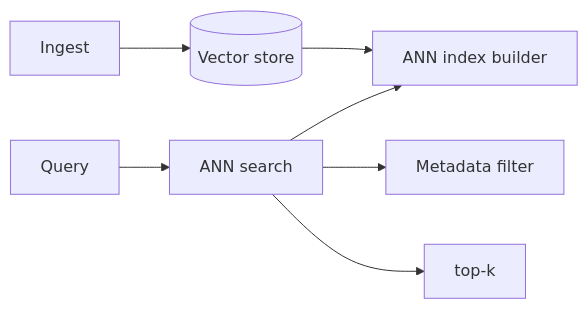
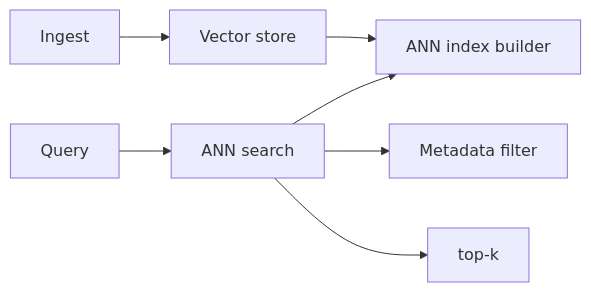
The first of 4 diagrams in case-studies/extreme/vector-database.md (RIT-MESH/system-design-mastery), drawn with Mermaid before and after one commit. The commit also changed 139 other files, not shown here.

First line of the commit message:
Fix Mermaid parse errors: replace parentheses in node labels across 140 files

````diff
--- a/case-studies/extreme/vector-database.md
+++ b/case-studies/extreme/vector-database.md
@@ -52,8 +52,8 @@
 ```mermaid
 %% created-for: system-design-mastery
 flowchart LR
-  Ingest --> Store[(Vector store)] --> Index[ANN index builder]
+  Ingest --> Store[Vector store] --> Index[ANN index builder]
   Query --> Search[ANN search] --> Index
   Search --> Filter[Metadata filter]
   Search --> TopK[top-k]
 ```
````
